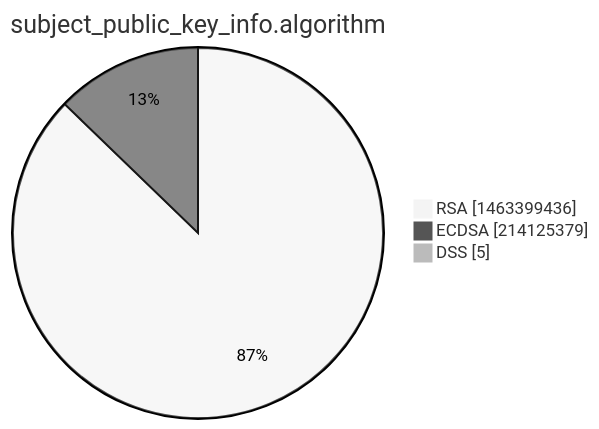
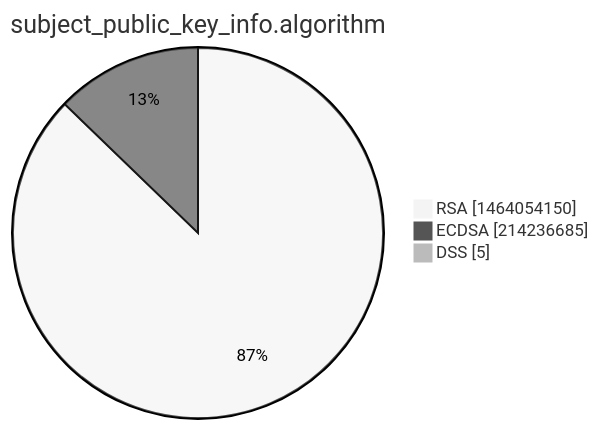
Before and after one commit to christiankrug/ctmonitor_visualization: the third of 15 diagrams in xenon2022/README.md, drawn with Mermaid (neutral theme). The commit also changed other lines of this file, not shown here.

````diff
--- a/xenon2022/README.md
+++ b/xenon2022/README.md
@@ -14,7 +14,7 @@
 ```mermaid
 pie showData
 title subject_public_key_info.algorithm
-"RSA" :1463399436
-"ECDSA" :214125379
+"RSA" :1464054150
+"ECDSA" :214236685
 "DSS" :5
 ```
````
